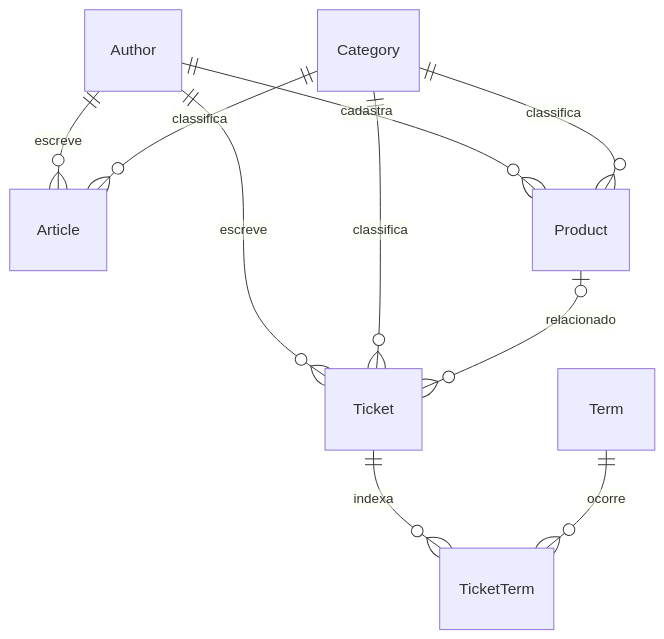
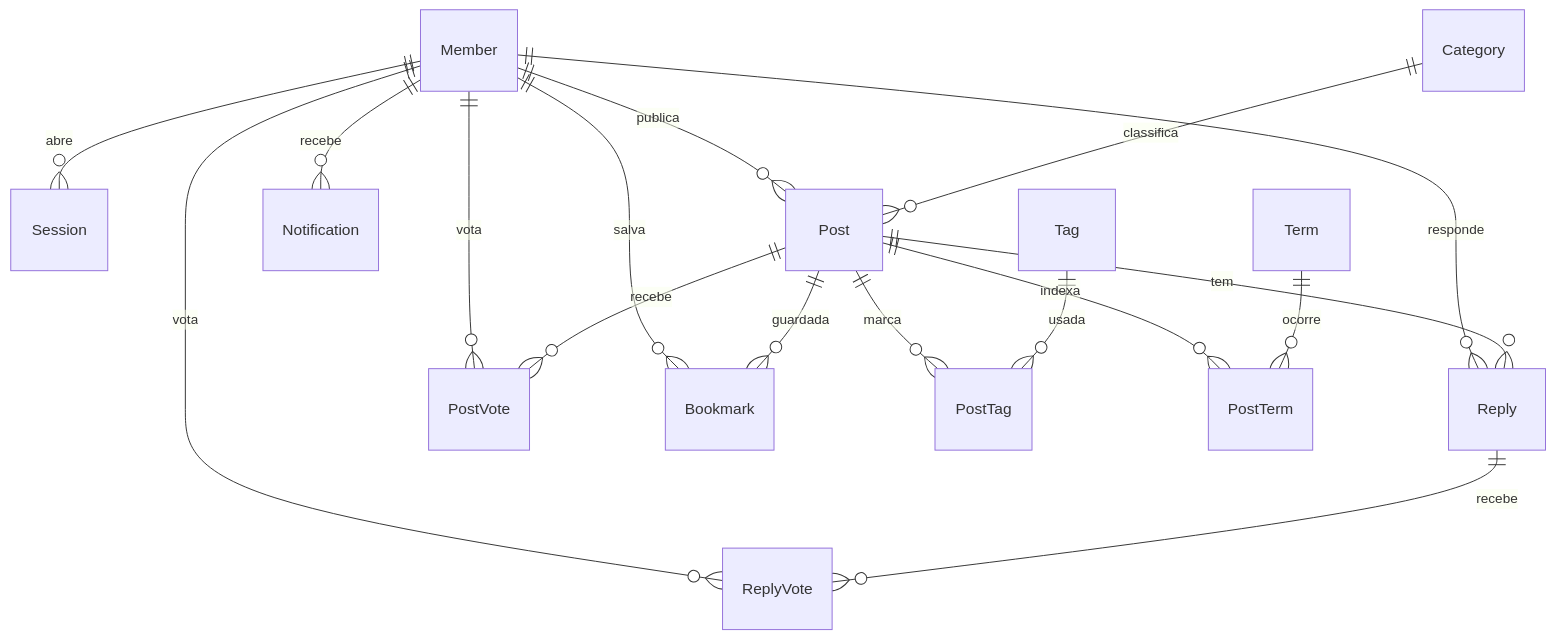
Before and after one commit to IchigoArndt/HelpDesk: the diagram in README.md, drawn with Mermaid. The commit also changed other lines of this file and 87 other files, not shown here.

````diff
--- a/README.md
+++ b/README.md
@@ -80,12 +96,19 @@
 ```mermaid
 erDiagram
-  Author ||--o{ Ticket : escreve
-  Author ||--o{ Article : escreve
-  Author ||--o{ Product : cadastra
-  Category ||--o{ Ticket : classifica
-  Category ||--o{ Article : classifica
-  Category ||--o{ Product : classifica
-  Product o|--o{ Ticket : relacionado
-  Ticket ||--o{ TicketTerm : indexa
-  Term ||--o{ TicketTerm : ocorre
+  Member ||--o{ Session : abre
+  Member ||--o{ Post : publica
+  Member ||--o{ Reply : responde
+  Member ||--o{ PostVote : vota
+  Member ||--o{ ReplyVote : vota
+  Member ||--o{ Bookmark : salva
+  Member ||--o{ Notification : recebe
+  Category ||--o{ Post : classifica
+  Post ||--o{ Reply : tem
+  Post ||--o{ PostTag : marca
+  Tag ||--o{ PostTag : usada
+  Post ||--o{ PostVote : recebe
+  Reply ||--o{ ReplyVote : recebe
+  Post ||--o{ Bookmark : guardada
+  Post ||--o{ PostTerm : indexa
+  Term ||--o{ PostTerm : ocorre
 ```
````
